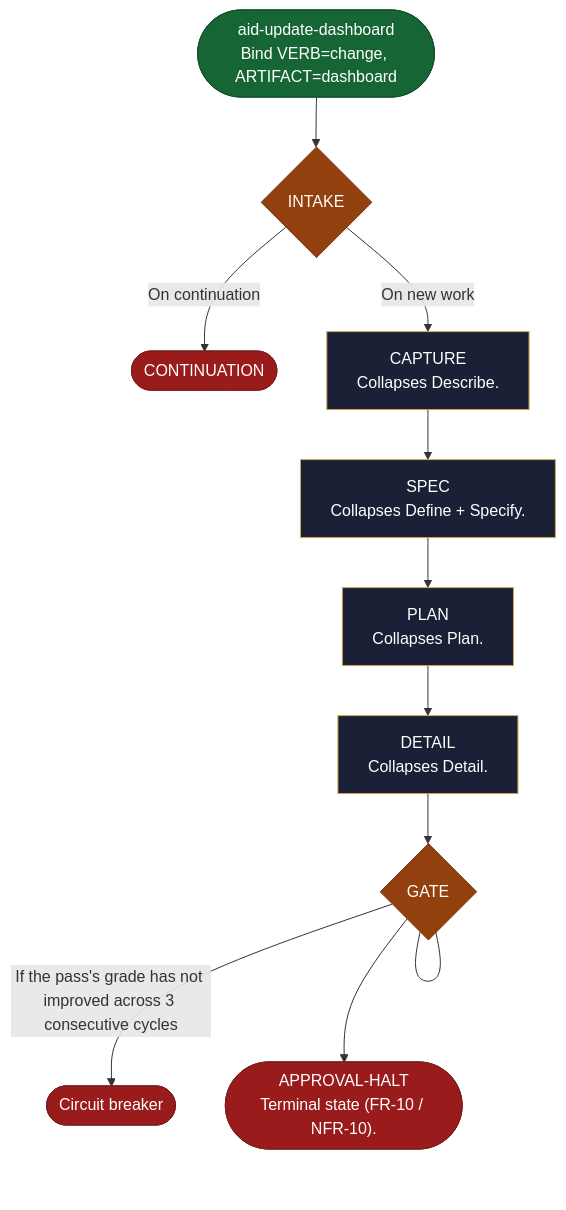
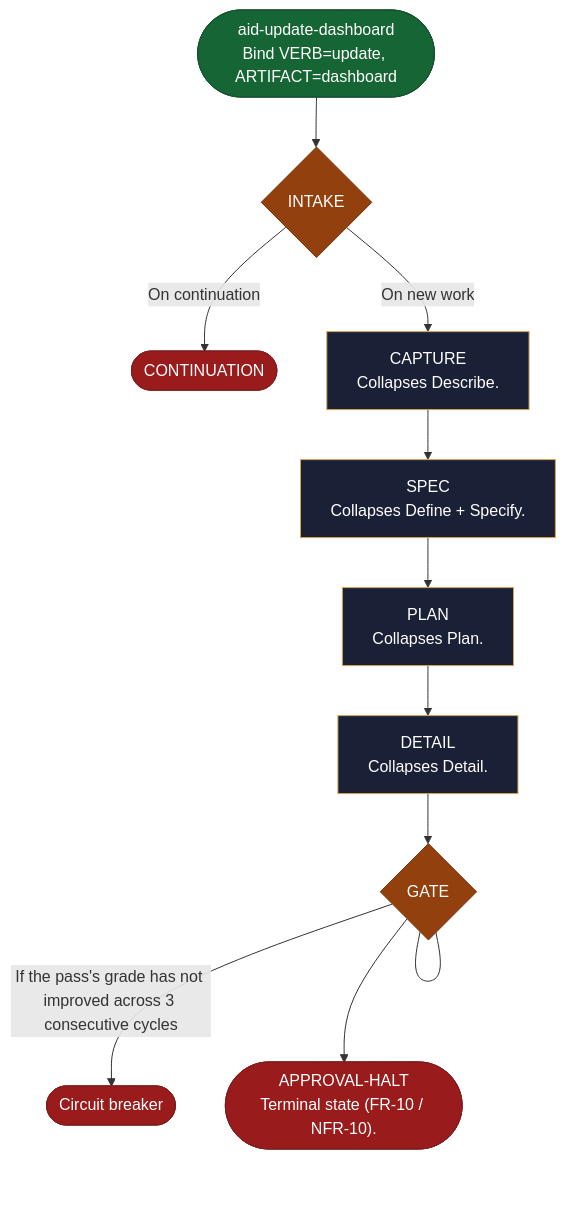
Before and after one commit to AndreVianna/aid-methodology: the diagram in site/src/content/docs/skills/aid-update-dashboard.md, drawn with Mermaid. The commit also changed other lines of this file and 99 other files, not shown here.

````diff
--- a/site/src/content/docs/skills/aid-update-dashboard.md
+++ b/site/src/content/docs/skills/aid-update-dashboard.md
@@ -20,49 +20,49 @@
 ```mermaid
 flowchart TB
   classDef aidNode color:#fff
   classDef aidEntry fill:#166534,stroke:#14532d,color:#fff
   classDef aidExit fill:#991b1b,stroke:#7f1d1d,color:#fff
   classDef aidDecision fill:#92400e,stroke:#78350f,color:#fff
   classDef aidLoopBack fill:#1e3a8a,stroke:#1e3a8a,color:#fff
   classDef aidStep fill:#1a2035,stroke:#d4a853,color:#f1f5f9
-  n1(["aid-update-dashboard<br/>Bind VERB=change, ARTIFACT=dashboard"])
+  n1(["aid-update-dashboard<br/>Bind VERB=update, ARTIFACT=dashboard"])
   n2{"INTAKE"}
   n3(["CONTINUATION"])
   n4["CAPTURE<br/>Collapses Describe."]
   n5["SPEC<br/>Collapses Define + Specify."]
   n6["PLAN<br/>Collapses Plan."]
   n7["DETAIL<br/>Collapses Detail."]
   n8{"GATE"}
   n9(["Circuit breaker"])
   n10(["APPROVAL-HALT<br/>Terminal state (FR-10 / NFR-10)."])
   n1 --> n2
   n2 -->|"On continuation"| n3
   n2 -->|"On new work"| n4
   n4 --> n5
   n5 --> n6
   n6 --> n7
   n7 --> n8
   n8 --- n8
   n8 -->|"If the pass's grade has not improved across 3 consecutive cycles"| n9
   n8 --> n10
   class n1 aidEntry
   class n2 aidDecision
   class n3 aidExit
   class n4 aidStep
   class n5 aidStep
   class n6 aidStep
   class n7 aidStep
   class n8 aidDecision
   class n9 aidExit
   class n10 aidExit
   class n1 aidNode
   class n2 aidNode
   class n3 aidNode
   class n4 aidNode
   class n5 aidNode
   class n6 aidNode
   class n7 aidNode
   class n8 aidNode
   class n9 aidNode
   class n10 aidNode
 ```
````
